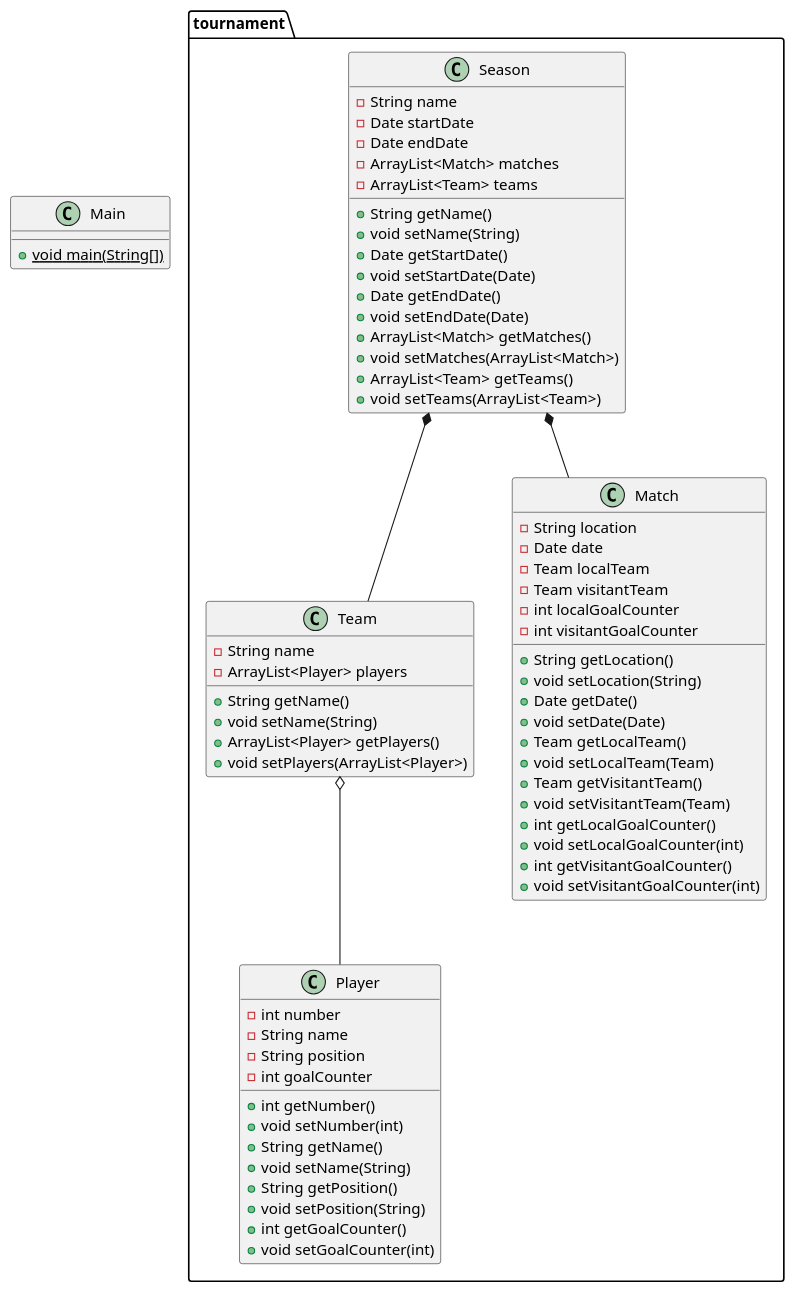
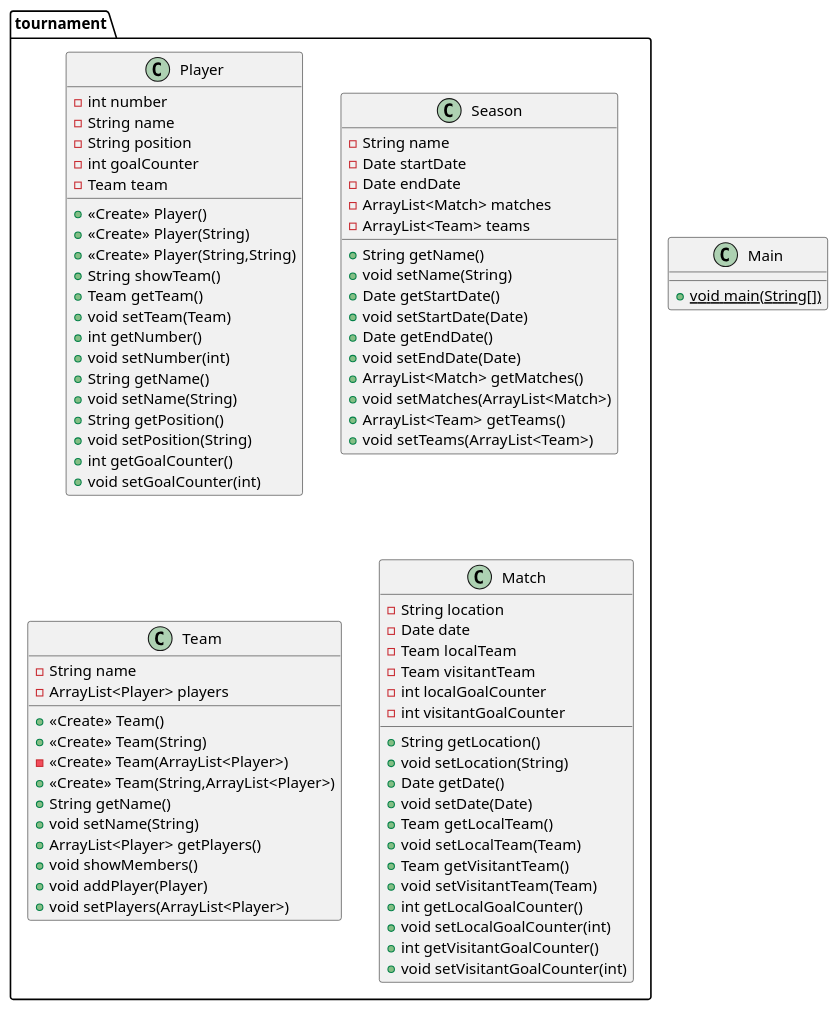
The diagram in class_diagram.puml (zarex97/poo_davinci_tournament_medina), drawn with PlantUML before and after one commit.

Commit message:
docs: update class diagram

```diff
--- a/class_diagram.puml
+++ b/class_diagram.puml
@@ -1,70 +1,77 @@
 @startuml
-class Main {
-+ {static} void main(String[])
-}
-class tournament.Team {
+class tournament.Player {
+- int number
 - String name
-- ArrayList<Player> players
+- String position
+- int goalCounter
+- Team team
++ <<Create>> Player()
++ <<Create>> Player(String)
++ <<Create>> Player(String,String)
++ String showTeam()
++ Team getTeam()
++ void setTeam(Team)
++ int getNumber()
++ void setNumber(int)
 + String getName()
 + void setName(String)
-+ ArrayList<Player> getPlayers()
-+ void setPlayers(ArrayList<Player>)
++ String getPosition()
++ void setPosition(String)
++ int getGoalCounter()
++ void setGoalCounter(int)
 }
 class tournament.Season {
 - String name
 - Date startDate
 - Date endDate
 - ArrayList<Match> matches
 - ArrayList<Team> teams
 + String getName()
 + void setName(String)
 + Date getStartDate()
 + void setStartDate(Date)
 + Date getEndDate()
 + void setEndDate(Date)
 + ArrayList<Match> getMatches()
 + void setMatches(ArrayList<Match>)
 + ArrayList<Team> getTeams()
 + void setTeams(ArrayList<Team>)
 }
-
-tournament.Season *-- tournament.Team
-tournament.Season *-- tournament.Match
-tournament.Team o-- tournament.Player
-
-
-class tournament.Player {
-- int number
+class Main {
++ {static} void main(String[])
+}
+class tournament.Team {
 - String name
-- String position
-- int goalCounter
-+ int getNumber()
-+ void setNumber(int)
+- ArrayList<Player> players
++ <<Create>> Team()
++ <<Create>> Team(String)
+- <<Create>> Team(ArrayList<Player>)
++ <<Create>> Team(String,ArrayList<Player>)
 + String getName()
 + void setName(String)
-+ String getPosition()
-+ void setPosition(String)
-+ int getGoalCounter()
-+ void setGoalCounter(int)
++ ArrayList<Player> getPlayers()
++ void showMembers()
++ void addPlayer(Player)
++ void setPlayers(ArrayList<Player>)
 }
 class tournament.Match {
 - String location
 - Date date
 - Team localTeam
 - Team visitantTeam
 - int localGoalCounter
 - int visitantGoalCounter
 + String getLocation()
 + void setLocation(String)
 + Date getDate()
 + void setDate(Date)
 + Team getLocalTeam()
 + void setLocalTeam(Team)
 + Team getVisitantTeam()
 + void setVisitantTeam(Team)
 + int getLocalGoalCounter()
 + void setLocalGoalCounter(int)
 + int getVisitantGoalCounter()
 + void setVisitantGoalCounter(int)
 }
 @enduml
```
